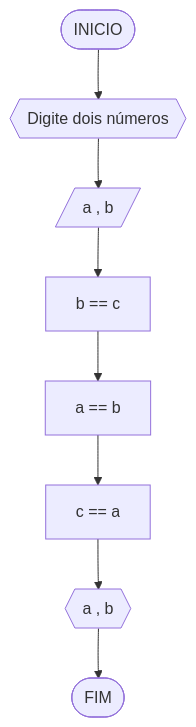
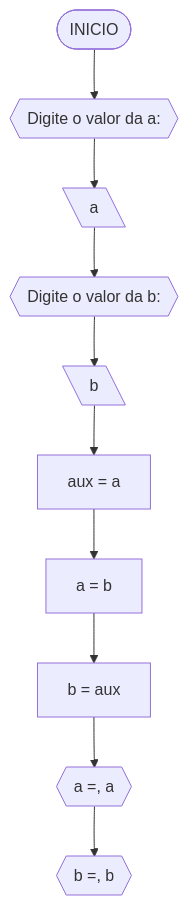
The first of 7 diagrams in RLA/Unidade1/ResoluçãoAD1.md (Kremmydi/unifor), drawn with Mermaid before and after one commit. The commit also changed other lines of this file, not shown here.

````diff
--- a/RLA/Unidade1/ResoluçãoAD1.md
+++ b/RLA/Unidade1/ResoluçãoAD1.md
@@ -16,10 +18,12 @@
 ```mermaid
 flowchart TD
-A([INICIO]) --> B{{Digite dois números}} 
-B --> C[/a , b/]
-C --> D[b == c]
-D --> E[a == b]
-E --> F[c == a]
-F --> G{{a , b}}
-G --> H([FIM])
+A([INICIO]) --> B{{"Digite o valor da a:"}}
+B --> C[\a\]
+C --> D{{"Digite o valor da b:"}}
+D --> E[\b\]
+E --> F[aux = a]
+F --> G[a = b]
+G --> H[b = aux]
+H --> I{{"a =", a}}
+I --> J{{"b =", b}}
 ```
````
